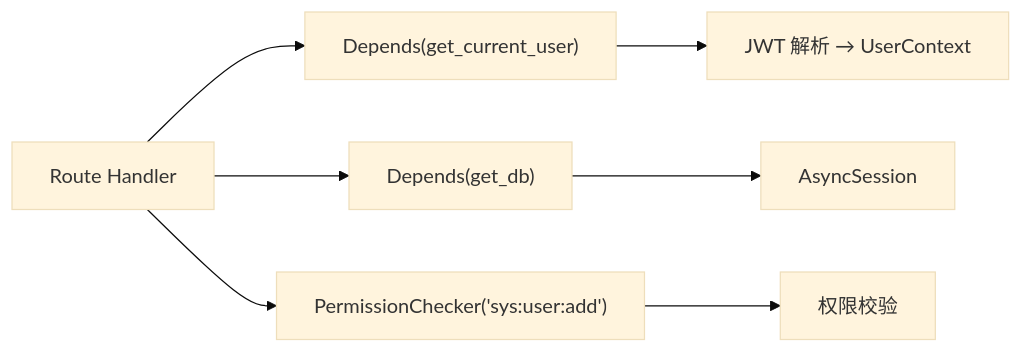
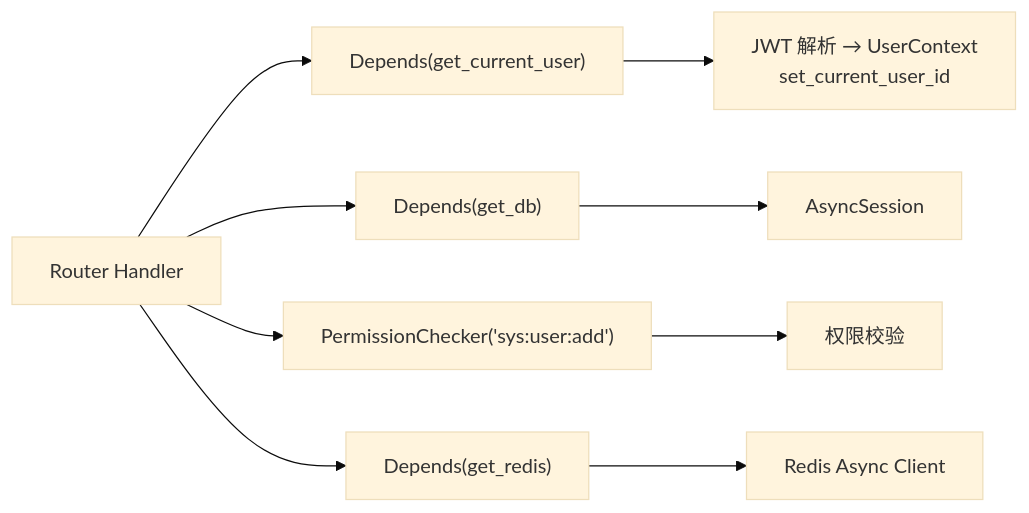
One commit to earthy-zinc/dehaze-system changed the second of 15 diagrams in dehaze-doc/docs/02-系统架构/08-后端基础设施设计(Python).md. Above: the diagram before and after it, drawn with Mermaid (base theme). The commit also changed other lines of this file and 10 other files, not shown here.

````diff
--- a/dehaze-doc/docs/02-系统架构/08-后端基础设施设计(Python).md
+++ b/dehaze-doc/docs/02-系统架构/08-后端基础设施设计(Python).md
@@ -181,9 +232,11 @@
 ```mermaid
 flowchart LR
-    Route["Route Handler"] --> Depends["Depends(get_current_user)"]
-    Depends --> JWT["JWT 解析 → UserContext"]
-    Route --> Depends2["Depends(get_db)"]
+    Router["Router Handler"] --> Depends["Depends(get_current_user)"]
+    Depends --> JWT["JWT 解析 → UserContext<br/>set_current_user_id"]
+    Router --> Depends2["Depends(get_db)"]
     Depends2 --> Session["AsyncSession"]
-    Route --> Depends3["PermissionChecker('sys:user:add')"]
+    Router --> Depends3["PermissionChecker('sys:user:add')"]
     Depends3 --> Check["权限校验"]
+    Router --> Depends4["Depends(get_redis)"]
+    Depends4 --> Redis["Redis Async Client"]
 ```
````
